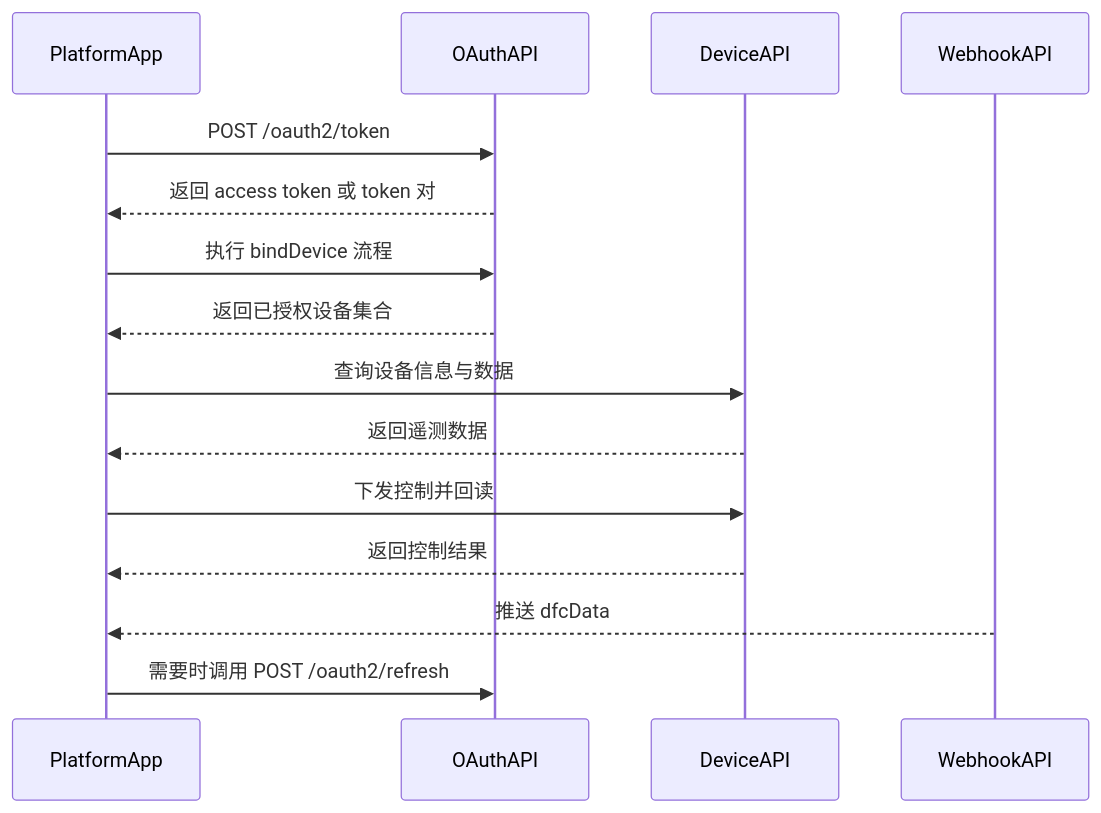
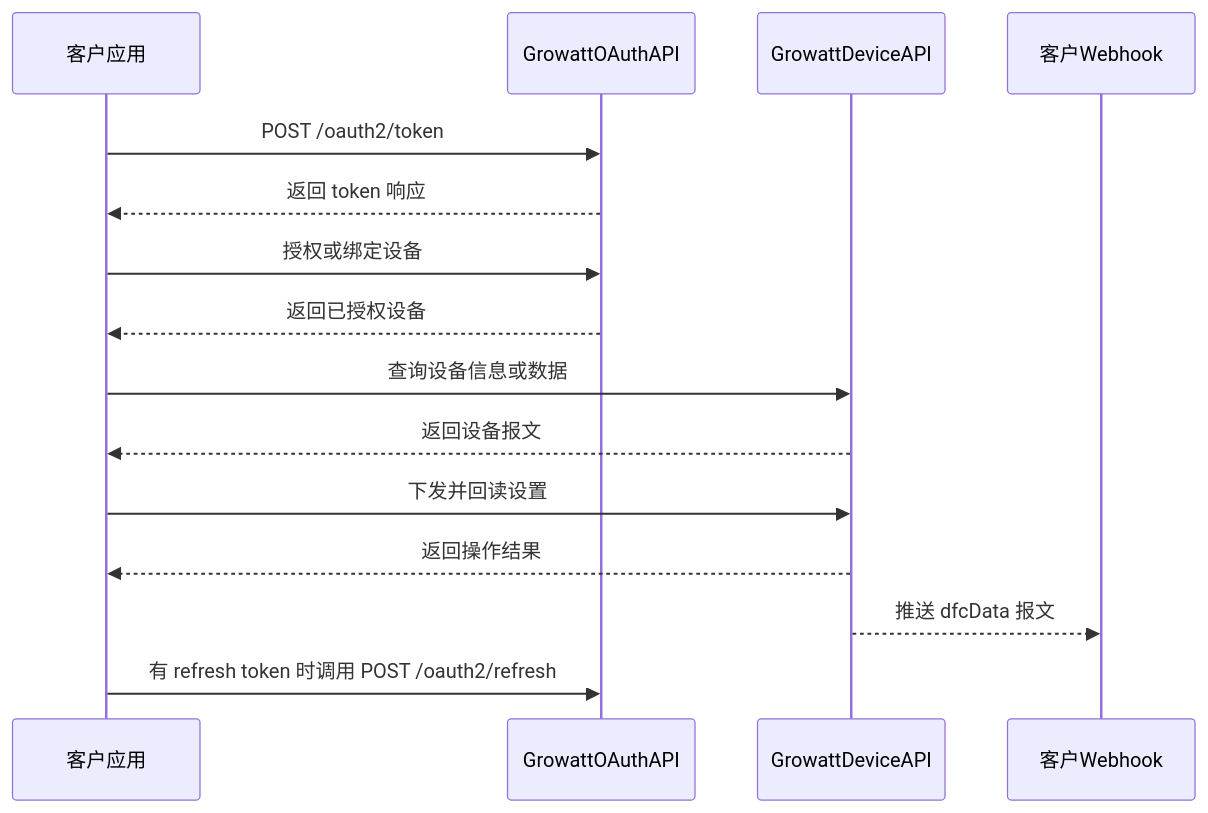
Before and after one commit to EugeneJian/growatt-unified-api: the second of 2 diagrams in Growatt API/OPENAPI.zh-CN/README.md, drawn with Mermaid. The commit also changed other lines of this file and 46 other files, not shown here.

````diff
--- a/Growatt API/OPENAPI.zh-CN/README.md
+++ b/Growatt API/OPENAPI.zh-CN/README.md
@@ -25,19 +22,18 @@
 ```mermaid
-%% 本代码严格遵循AI生成Mermaid代码的终极准则v4.1（Mermaid终极大师）
 sequenceDiagram
-    participant Platform as PlatformApp
-    participant OAuth as OAuthAPI
-    participant Device as DeviceAPI
-    participant Push as WebhookAPI
+    participant App as 客户应用
+    participant OAuth as GrowattOAuthAPI
+    participant Device as GrowattDeviceAPI
+    participant Push as 客户Webhook
 
-    Platform->>OAuth: POST /oauth2/token
-    OAuth-->>Platform: 返回 access token 或 token 对
-    Platform->>OAuth: 执行 bindDevice 流程
-    OAuth-->>Platform: 返回已授权设备集合
-    Platform->>Device: 查询设备信息与数据
-    Device-->>Platform: 返回遥测数据
-    Platform->>Device: 下发控制并回读
-    Device-->>Platform: 返回控制结果
-    Push-->>Platform: 推送 dfcData
-    Platform->>OAuth: 需要时调用 POST /oauth2/refresh
+    App->>OAuth: POST /oauth2/token
+    OAuth-->>App: 返回 token 响应
+    App->>OAuth: 授权或绑定设备
+    OAuth-->>App: 返回已授权设备
+    App->>Device: 查询设备信息或数据
+    Device-->>App: 返回设备报文
+    App->>Device: 下发并回读设置
+    Device-->>App: 返回操作结果
+    Device-->>Push: 推送 dfcData 报文
+    App->>OAuth: 有 refresh token 时调用 POST /oauth2/refresh
 ```
````
